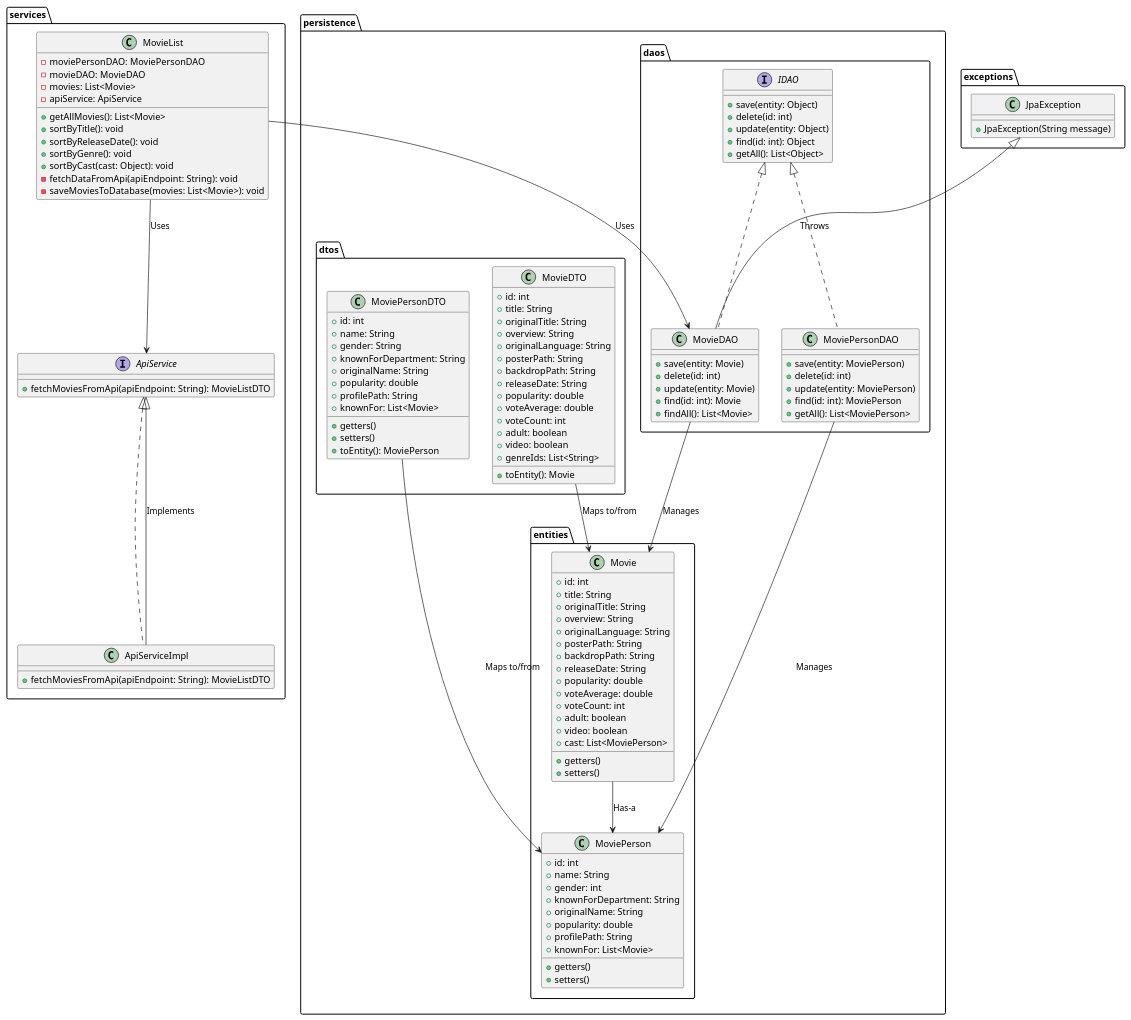
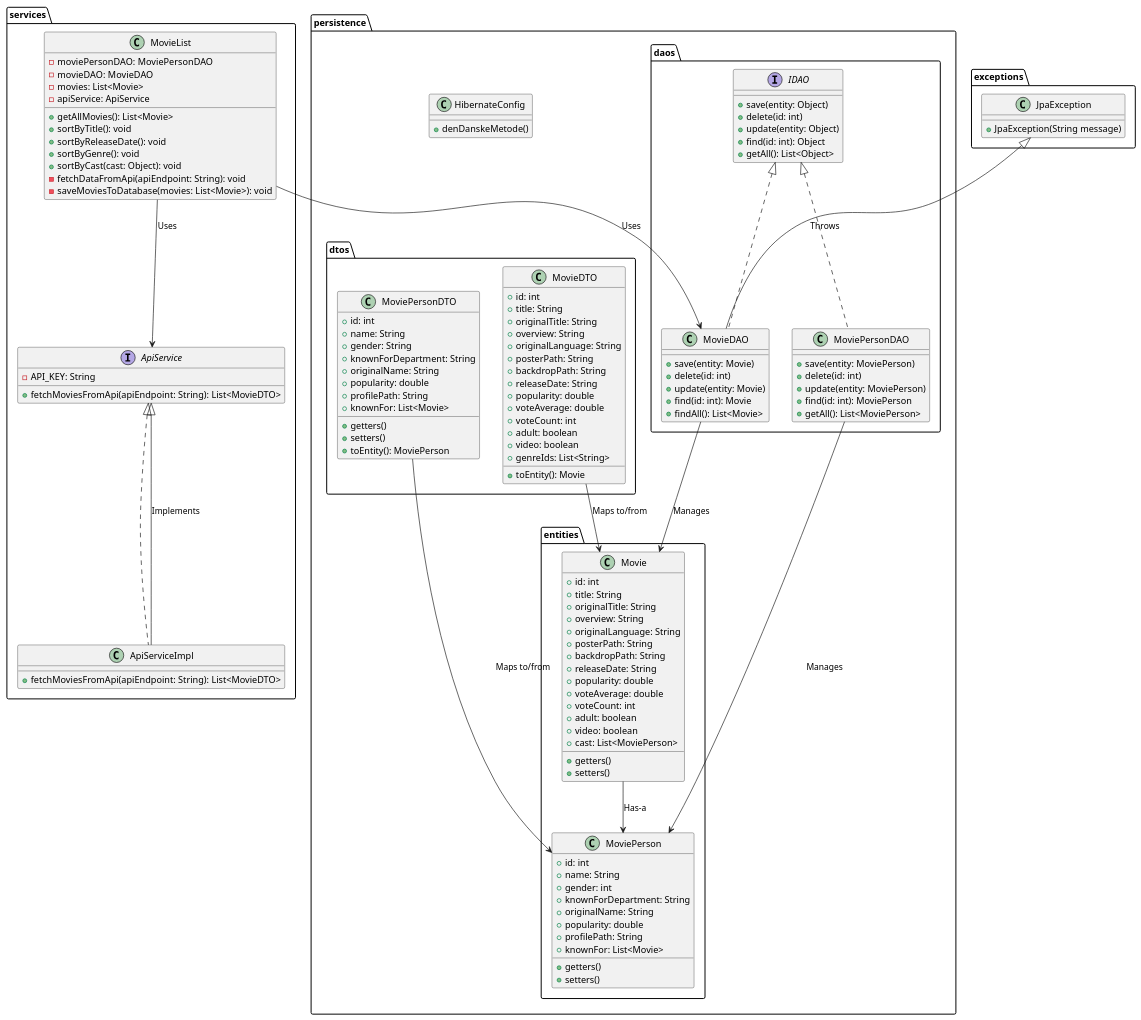
One commit to Magnewei/3sem-sp1 changed the diagram in documentation/class_diagram.puml. Above: the diagram before and after it, drawn with PlantUML. The commit also changed 1 other file, not shown here.

Commit message:
Clean up class diagram

```diff
--- a/documentation/class_diagram.puml
+++ b/documentation/class_diagram.puml
@@ -1,140 +1,145 @@
 @startuml sp1
 
 package "services" {
   class MovieList {
     +getAllMovies(): List<Movie>
     +sortByTitle(): void
     +sortByReleaseDate(): void
     +sortByGenre(): void
     +sortByCast(cast: Object): void
     -fetchDataFromApi(apiEndpoint: String): void
     -saveMoviesToDatabase(movies: List<Movie>): void
     -moviePersonDAO: MoviePersonDAO
     -movieDAO: MovieDAO
     -movies: List<Movie>
     -apiService: ApiService
   }
 
   interface ApiService {
-    +fetchMoviesFromApi(apiEndpoint: String): MovieListDTO
+    +fetchMoviesFromApi(apiEndpoint: String): List<MovieDTO>
+    -API_KEY: String
   }
 
   class ApiServiceImpl implements ApiService {
-    +fetchMoviesFromApi(apiEndpoint: String): MovieListDTO
+    +fetchMoviesFromApi(apiEndpoint: String): List<MovieDTO>
   }
 }
 
 package "persistence" {
   package "daos" {
     interface IDAO {
       +save(entity: Object)
       +delete(id: int)
       +update(entity: Object)
       +find(id: int): Object
       +getAll(): List<Object>
     }
 
     class MovieDAO implements IDAO {
       +save(entity: Movie)
       +delete(id: int)
       +update(entity: Movie)
       +find(id: int): Movie
       +findAll(): List<Movie>
     }
 
     class MoviePersonDAO implements IDAO {
       +save(entity: MoviePerson)
       +delete(id: int)
       +update(entity: MoviePerson)
       +find(id: int): MoviePerson
       +getAll(): List<MoviePerson>
     }
   }
 
   package "dtos" {
     class MovieDTO {
       +id: int
       +title: String
       +originalTitle: String
       +overview: String
       +originalLanguage: String
       +posterPath: String
       +backdropPath: String
       +releaseDate: String
       +popularity: double
       +voteAverage: double
       +voteCount: int
       +adult: boolean
       +video: boolean
       +genreIds: List<String>
       +toEntity(): Movie
     }
 
     class MoviePersonDTO {
       +id: int
       +name: String
       +gender: String
       +knownForDepartment: String
       +originalName: String
       +popularity: double
       +profilePath: String
       +knownFor: List<Movie>
       +getters()
       +setters()
       +toEntity(): MoviePerson
     }
   }
 
+  class HibernateConfig {
+    +denDanskeMetode()
+  }
+
   package "entities" {
     class Movie {
       +id: int
       +title: String
       +originalTitle: String
       +overview: String
       +originalLanguage: String
       +posterPath: String
       +backdropPath: String
       +releaseDate: String
       +popularity: double
       +voteAverage: double
       +voteCount: int
       +adult: boolean
       +video: boolean
       +cast: List<MoviePerson>
       +getters()
       +setters()
     }
 
     class MoviePerson {
       +id: int
       +name: String
       +gender: int
       +knownForDepartment: String
       +originalName: String
       +popularity: double
       +profilePath: String
       +knownFor: List<Movie>
       +getters()
       +setters()
     }
   }
 }
 
 package "exceptions" {
   class JpaException {
     +JpaException(String message)
   }
 }
 
 ' Define relationships
 MovieList --> MovieDAO : Uses
 MovieList --> ApiService : Uses
 ApiServiceImpl --|> ApiService : Implements
 MovieDAO --> Movie : Manages
 MoviePersonDAO --> MoviePerson : Manages
 MovieDTO --> Movie : Maps to/from
 MoviePersonDTO --> MoviePerson : Maps to/from
 JpaException <|-- MovieDAO : Throws
 Movie --> MoviePerson : Has-a
 
 @enduml
```
